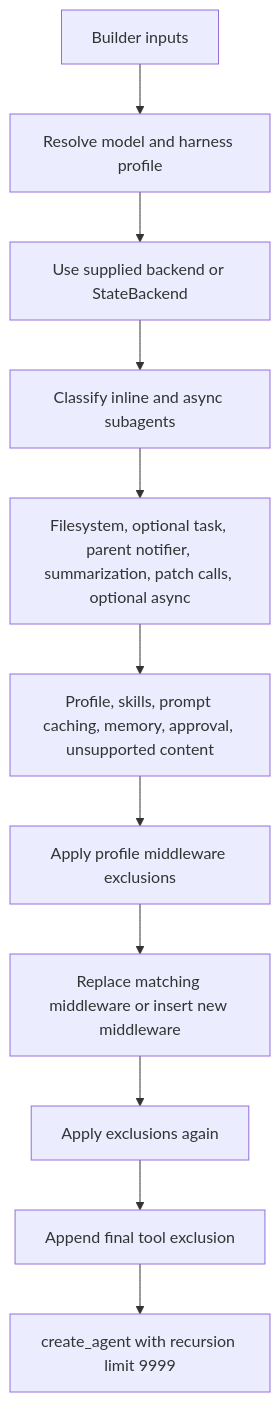
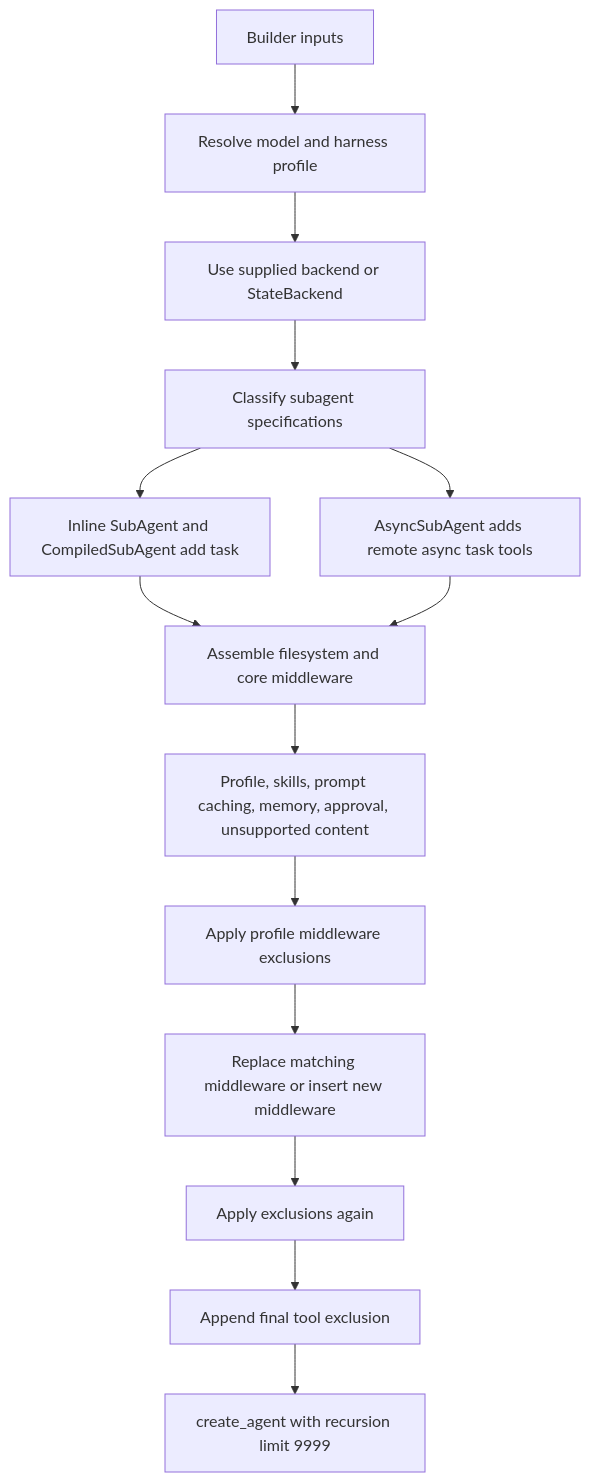
The first of 2 diagrams in openwiki/workflows/build-a-deep-agent.md (langchain-ai/deepagents), drawn with Mermaid before and after one commit. The commit also changed other lines of this file and 33 other files, not shown here.

````diff
--- a/openwiki/workflows/build-a-deep-agent.md
+++ b/openwiki/workflows/build-a-deep-agent.md
@@ -74,13 +76,16 @@
 ```mermaid
 flowchart TD
     Input["Builder inputs"] --> Resolve["Resolve model and harness profile"]
     Resolve --> Backend["Use supplied backend or StateBackend"]
-    Backend --> Agents["Classify inline and async subagents"]
-    Agents --> Core["Filesystem, optional task, parent notifier, summarization, patch calls, optional async"]
+    Backend --> Agents["Classify subagent specifications"]
+    Agents --> Sync["Inline SubAgent and CompiledSubAgent add task"]
+    Agents --> Remote["AsyncSubAgent adds remote async task tools"]
+    Sync --> Core["Assemble filesystem and core middleware"]
+    Remote --> Core
     Core --> Tail["Profile, skills, prompt caching, memory, approval, unsupported content"]
     Tail --> FirstFilter["Apply profile middleware exclusions"]
     FirstFilter --> Custom["Replace matching middleware or insert new middleware"]
     Custom --> SecondFilter["Apply exclusions again"]
     SecondFilter --> ToolFilter["Append final tool exclusion"]
     ToolFilter --> Compile["create_agent with recursion limit 9999"]
 ```
````
